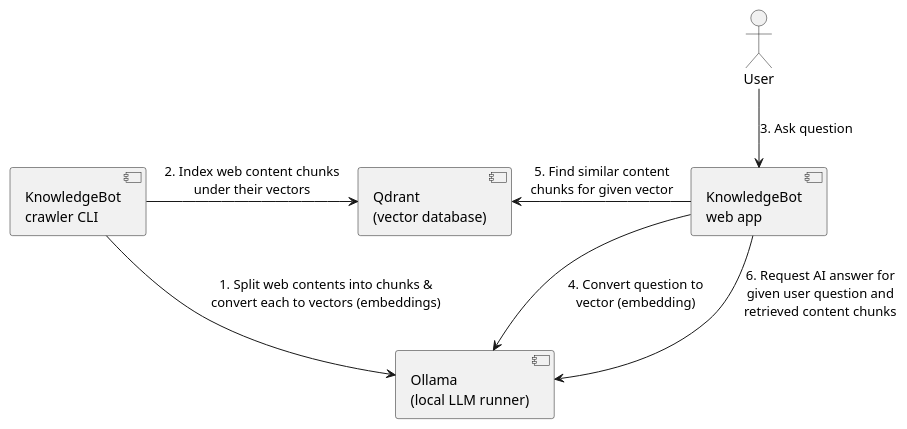
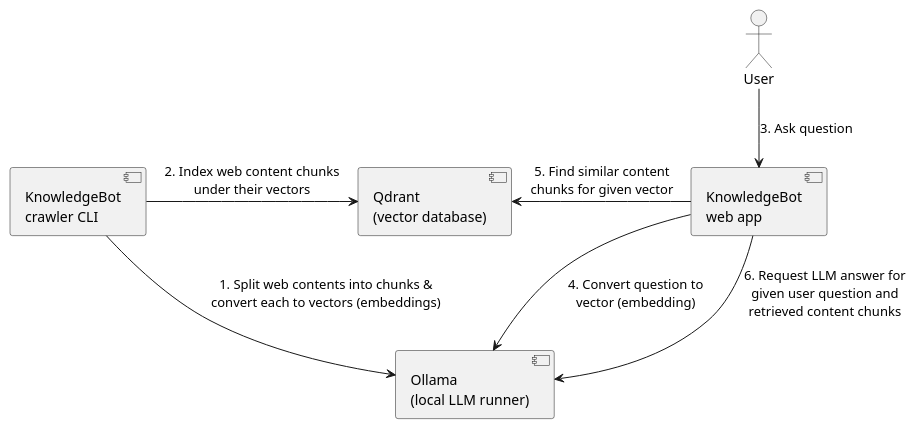
The diagram in docs/diagrams/component-diagram.puml (mgoltzsche/knowledgebot), drawn with PlantUML before and after one commit. The commit also changed 1 other file, not shown here.

Commit message:
docs: update component diagram

```diff
--- a/docs/diagrams/component-diagram.puml
+++ b/docs/diagrams/component-diagram.puml
@@ -1,21 +1,21 @@
 @startuml
 
 actor "User" as user
 component "KnowledgeBot\nweb app" as knowledgebot
 component "KnowledgeBot\ncrawler CLI" as crawler
 component "Qdrant\n(vector database)" as qdrant
 component "Ollama\n(local LLM runner)" as ollama
 
 crawler --> ollama : 1. Split web contents into chunks &\nconvert each to vectors (embeddings)
 crawler -> qdrant : 2. Index web content chunks\nunder their vectors
 
 user -d-> knowledgebot : 3. Ask question
 
 knowledgebot --> ollama : 4. Convert question to\nvector (embedding)
 knowledgebot -l-> qdrant: 5. Find similar content\nchunks for given vector
-knowledgebot --> ollama: 6. Request AI answer for\ngiven user question and\nretrieved content chunks
+knowledgebot --> ollama: 6. Request LLM answer for\ngiven user question and\nretrieved content chunks
 
 '' Layout fixes
 ollama -[hidden]- qdrant
 
 @enduml
```
